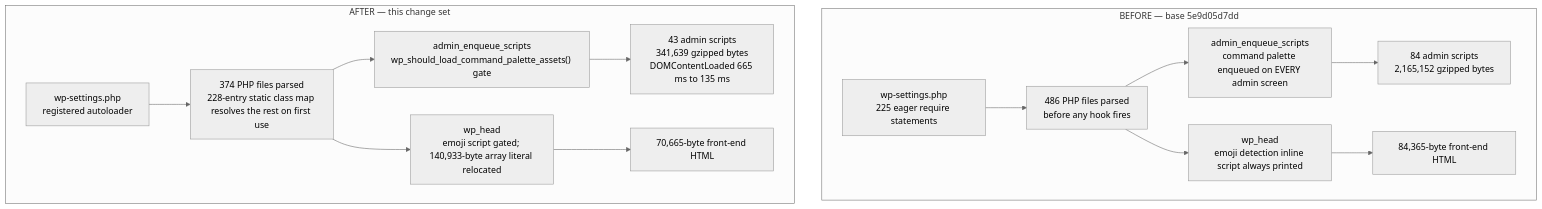
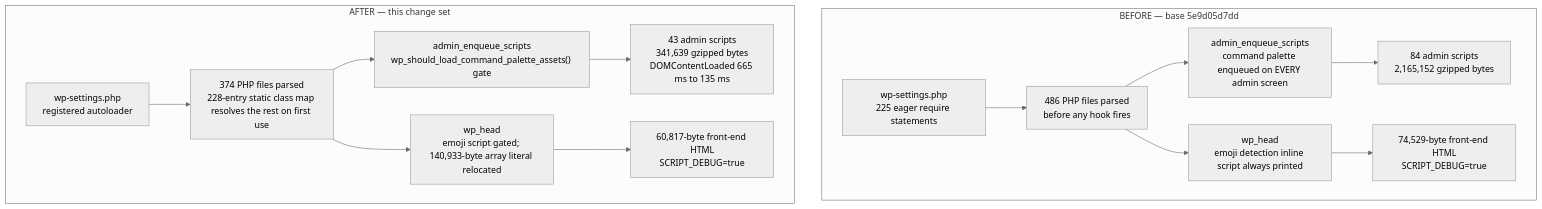
One commit to blitzy-research/wordpress-develop changed the diagram in docs/performance-optimization-report.md. Above: the diagram before and after it, drawn with Mermaid (neutral theme). The commit also changed other lines of this file and 5 other files, not shown here.

````diff
--- a/docs/performance-optimization-report.md
+++ b/docs/performance-optimization-report.md
@@ -164,19 +183,19 @@
 ```mermaid
 graph TD
     subgraph BEFORE["BEFORE — base 5e9d05d7dd"]
         B1["wp-settings.php<br/>225 eager require statements"] --> B2["486 PHP files parsed<br/>before any hook fires"]
         B2 --> B3["admin_enqueue_scripts<br/>command palette enqueued on EVERY admin screen"]
         B3 --> B4["84 admin scripts<br/>2,165,152 gzipped bytes"]
         B2 --> B5["wp_head<br/>emoji detection inline script always printed"]
-        B5 --> B6["84,365-byte front-end HTML"]
+        B5 --> B6["74,529-byte front-end HTML<br/>SCRIPT_DEBUG=true"]
     end
     subgraph AFTER["AFTER — this change set"]
         A1["wp-settings.php<br/>registered autoloader"] --> A2["374 PHP files parsed<br/>228-entry static class map resolves the rest on first use"]
         A2 --> A3["admin_enqueue_scripts<br/>wp_should_load_command_palette_assets() gate"]
         A3 --> A4["43 admin scripts<br/>341,639 gzipped bytes<br/>DOMContentLoaded 665 ms to 135 ms"]
         A2 --> A5["wp_head<br/>emoji script gated; 140,933-byte array literal relocated"]
-        A5 --> A6["70,665-byte front-end HTML"]
+        A5 --> A6["60,817-byte front-end HTML<br/>SCRIPT_DEBUG=true"]
     end
 %% Legend: each AFTER node is the measured counterpart of the BEFORE node in the same row.
 %% Every figure is a median over 20 iterations x 2 repetitions from tests/performance/.
 ```
````
